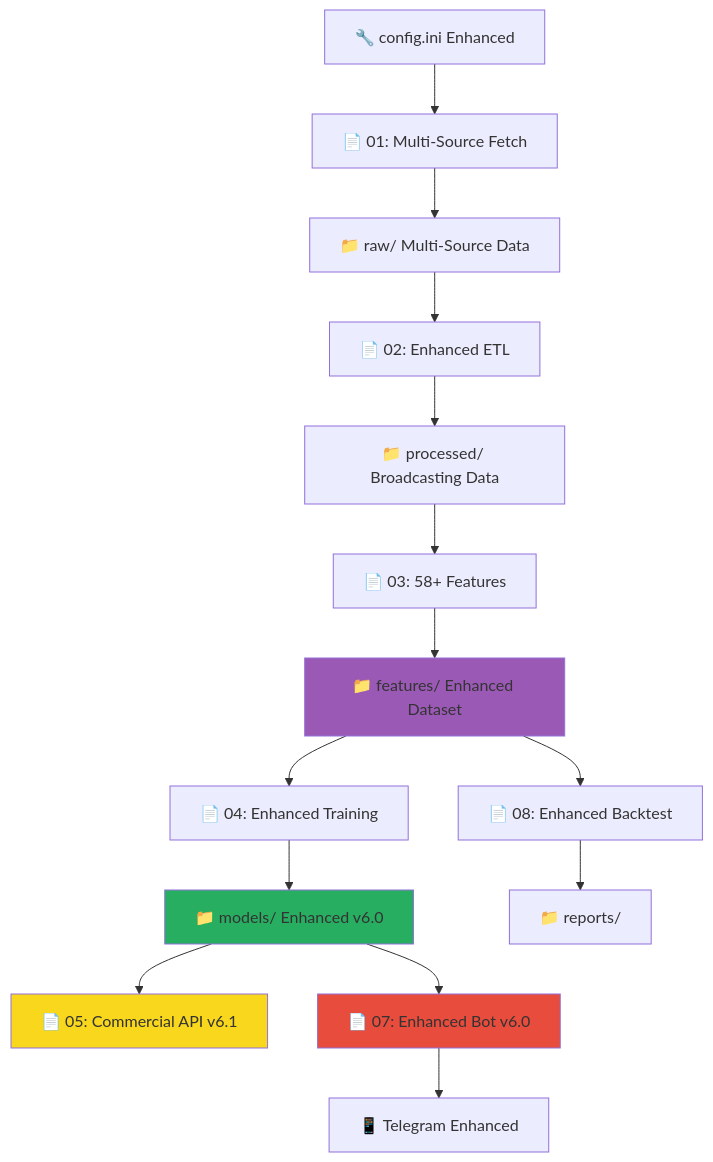
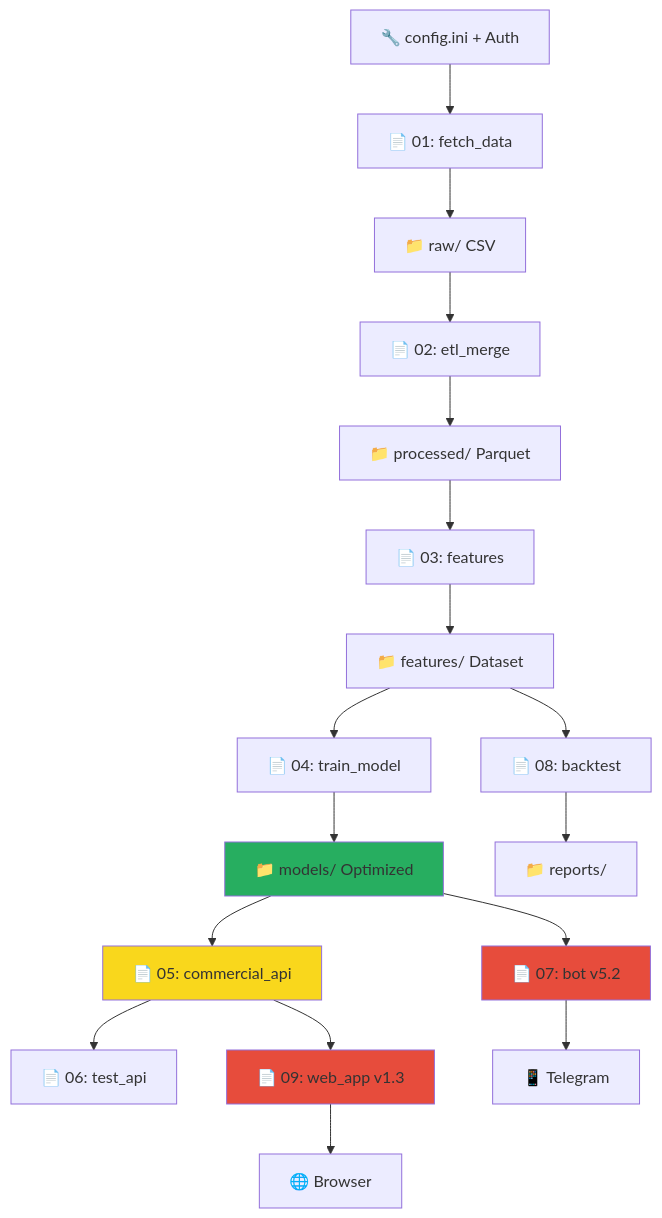
Before and after one commit to ama3639/MachineLearning: the diagram in data/scripts/readme.md, drawn with Mermaid. The commit also changed other lines of this file and 8 other files, not shown here.

````diff
--- a/data/scripts/readme.md
+++ b/data/scripts/readme.md
@@ -408,15 +375,18 @@
 ```mermaid
 graph TB
-    A[🔧 config.ini Enhanced] --> B[📄 01: Multi-Source Fetch]
-    B --> C[📁 raw/ Multi-Source Data] --> D[📄 02: Enhanced ETL]
-    D --> E[📁 processed/ Broadcasting Data] --> F[📄 03: 58+ Features]
-    F --> G[📁 features/ Enhanced Dataset] --> H[📄 04: Enhanced Training]
-    H --> I[📁 models/ Enhanced v6.0] --> J[📄 05: Commercial API v6.1]
-    I --> L[📄 07: Enhanced Bot v6.0] --> M[📱 Telegram Enhanced]
-    G --> P[📄 08: Enhanced Backtest] --> Q[📁 reports/]
+    A[🔧 config.ini + Auth] --> B[📄 01: fetch_data]
+    B --> C[📁 raw/ CSV] --> D[📄 02: etl_merge]
+    D --> E[📁 processed/ Parquet] --> F[📄 03: features]
+    F --> G[📁 features/ Dataset] --> H[📄 04: train_model]
+    H --> I[📁 models/ Optimized] --> J[📄 05: commercial_api]
+    J --> K[📄 06: test_api]
+    I --> L[📄 07: bot v5.2] --> M[📱 Telegram]
+    J --> N[📄 09: web_app v1.3] --> O[🌐 Browser]
+    G --> P[📄 08: backtest] --> Q[📁 reports/]
     
+    style J fill:#f9d71c
+    style N fill:#f9d71c
     style I fill:#27ae60
     style L fill:#e74c3c
-    style J fill:#f9d71c
-    style G fill:#9b59b6
+    style N fill:#e74c3c
 ```
````
